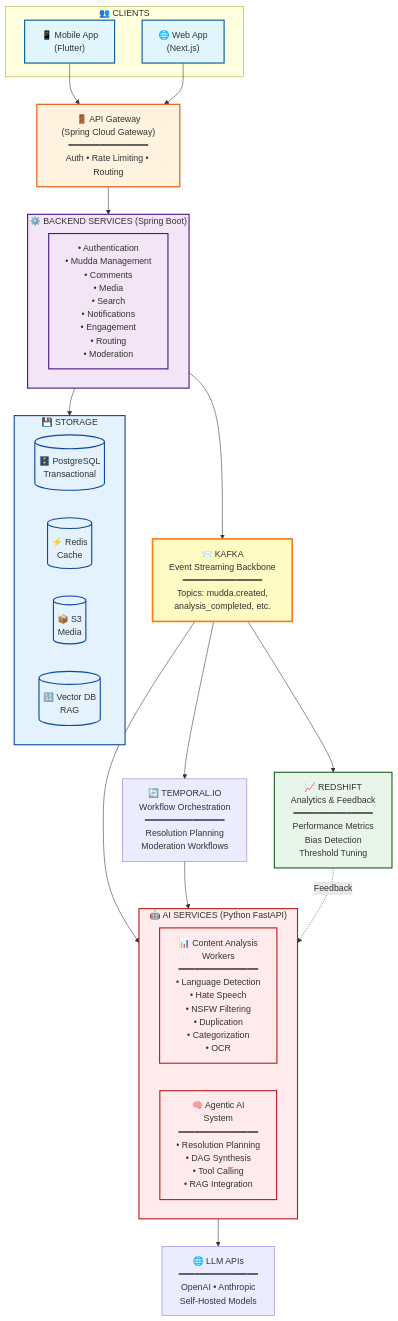
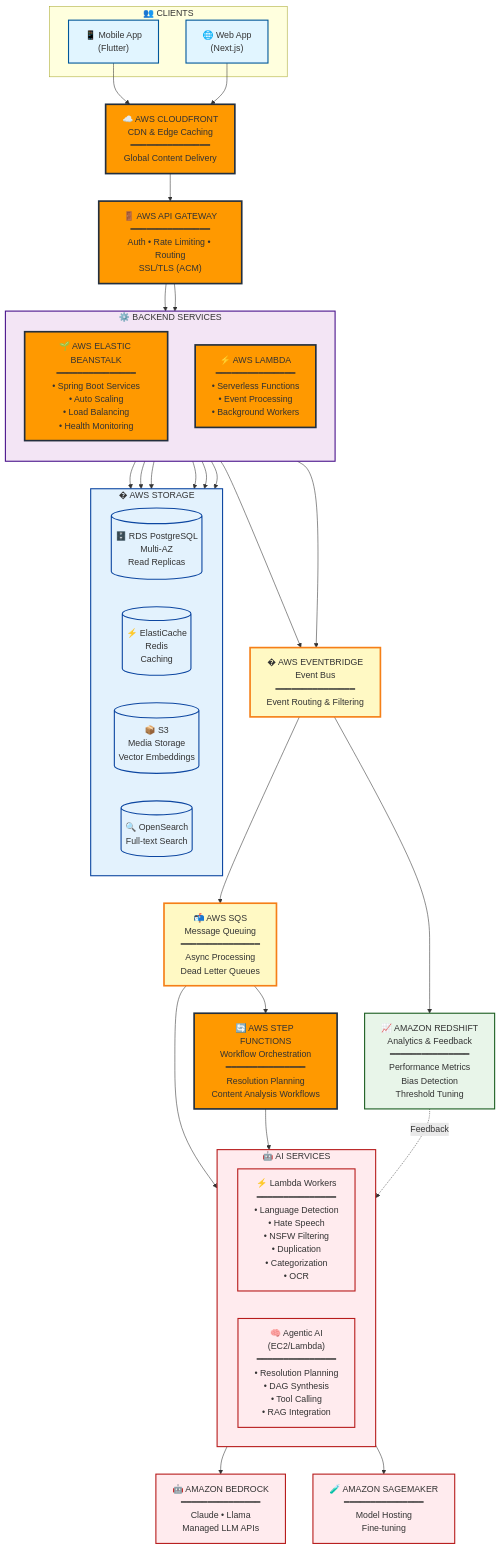
The first of 5 diagrams in .kiro/specs/mudda-platform/design.md (ShubhPundir/Mudda-AI-For-Bharat), drawn with Mermaid before and after one commit. The commit also changed other lines of this file and 1 other file, not shown here.

````diff
--- a/.kiro/specs/mudda-platform/design.md
+++ b/.kiro/specs/mudda-platform/design.md
@@ -136,60 +159,85 @@
         Web["🌐 Web App<br/>(Next.js)"]
     end
     
-    Gateway["🚪 API Gateway<br/>(Spring Cloud Gateway)<br/>━━━━━━━━━━━━━━━<br/>Auth • Rate Limiting • Routing"]
+    CloudFront["☁️ AWS CLOUDFRONT<br/>CDN & Edge Caching<br/>━━━━━━━━━━━━━━━<br/>Global Content Delivery"]
     
-    subgraph Backend["⚙️ BACKEND SERVICES (Spring Boot)"]
-        Services["• Authentication<br/>• Mudda Management<br/>• Comments<br/>• Media<br/>• Search<br/>• Notifications<br/>• Engagement<br/>• Routing<br/>• Moderation"]
+    Gateway["🚪 AWS API GATEWAY<br/>━━━━━━━━━━━━━━━<br/>Auth • Rate Limiting • Routing<br/>SSL/TLS (ACM)"]
+    
+    subgraph Backend["⚙️ BACKEND SERVICES"]
+        direction TB
+        Beanstalk["🌱 AWS ELASTIC BEANSTALK<br/>━━━━━━━━━━━━━━━<br/>• Spring Boot Services<br/>• Auto Scaling<br/>• Load Balancing<br/>• Health Monitoring"]
+        
+        Lambda["⚡ AWS LAMBDA<br/>━━━━━━━━━━━━━━━<br/>• Serverless Functions<br/>• Event Processing<br/>• Background Workers"]
     end
     
-    Kafka["📨 KAFKA<br/>Event Streaming Backbone<br/>━━━━━━━━━━━━━━━<br/>Topics: mudda.created,<br/>analysis_completed, etc."]
+    EventBridge["� AWS EVENTBRIDGE<br/>Event Bus<br/>━━━━━━━━━━━━━━━<br/>Event Routing & Filtering"]
     
-    Temporal["🔄 TEMPORAL.IO<br/>Workflow Orchestration<br/>━━━━━━━━━━━━━━━<br/>Resolution Planning<br/>Moderation Workflows"]
+    SQS["📬 AWS SQS<br/>Message Queuing<br/>━━━━━━━━━━━━━━━<br/>Async Processing<br/>Dead Letter Queues"]
     
-    subgraph AI["🤖 AI SERVICES (Python FastAPI)"]
+    StepFunctions["🔄 AWS STEP FUNCTIONS<br/>Workflow Orchestration<br/>━━━━━━━━━━━━━━━<br/>Resolution Planning<br/>Content Analysis Workflows"]
+    
+    subgraph AI["🤖 AI SERVICES"]
         direction LR
-        ContentWorkers["📊 Content Analysis<br/>Workers<br/>━━━━━━━━━━━━━━━<br/>• Language Detection<br/>• Hate Speech<br/>• NSFW Filtering<br/>• Duplication<br/>• Categorization<br/>• OCR"]
-        AgenticAI["🧠 Agentic AI<br/>System<br/>━━━━━━━━━━━━━━━<br/>• Resolution Planning<br/>• DAG Synthesis<br/>• Tool Calling<br/>• RAG Integration"]
+        LambdaAI["⚡ Lambda Workers<br/>━━━━━━━━━━━━━━━<br/>• Language Detection<br/>• Hate Speech<br/>• NSFW Filtering<br/>• Duplication<br/>• Categorization<br/>• OCR"]
+        AgenticAI["🧠 Agentic AI<br/>(EC2/Lambda)<br/>━━━━━━━━━━━━━━━<br/>• Resolution Planning<br/>• DAG Synthesis<br/>• Tool Calling<br/>• RAG Integration"]
     end
     
-    subgraph Storage["💾 STORAGE"]
+    subgraph Storage["� AWS STORAGE"]
         direction LR
-        Postgres[("🗄️ PostgreSQL<br/>Transactional")]
-        Redis[("⚡ Redis<br/>Cache")]
-        S3[("📦 S3<br/>Media")]
-        Vector[("🔢 Vector DB<br/>RAG")]
+        RDS[("🗄️ RDS PostgreSQL<br/>Multi-AZ<br/>Read Replicas")]
+        ElastiCache[("⚡ ElastiCache<br/>Redis<br/>Caching")]
+        S3[("📦 S3<br/>Media Storage<br/>Vector Embeddings")]
+        OpenSearch[("🔍 OpenSearch<br/>Full-text Search")]
     end
     
-    Redshift["📈 REDSHIFT<br/>Analytics & Feedback<br/>━━━━━━━━━━━━━━━<br/>Performance Metrics<br/>Bias Detection<br/>Threshold Tuning"]
+    Redshift["📈 AMAZON REDSHIFT<br/>Analytics & Feedback<br/>━━━━━━━━━━━━━━━<br/>Performance Metrics<br/>Bias Detection<br/>Threshold Tuning"]
     
-    LLM["🌐 LLM APIs<br/>━━━━━━━━━━━━━━━<br/>OpenAI • Anthropic<br/>Self-Hosted Models"]
+    Bedrock["🤖 AMAZON BEDROCK<br/>━━━━━━━━━━━━━━━<br/>Claude • Llama<br/>Managed LLM APIs"]
+    
+    SageMaker["🧪 AMAZON SAGEMAKER<br/>━━━━━━━━━━━━━━━<br/>Model Hosting<br/>Fine-tuning"]
     
     %% Connections
-    Mobile --> Gateway
-    Web --> Gateway
-    Gateway --> Backend
-    Backend --> Kafka
-    Kafka --> ContentWorkers
-    Kafka --> Temporal
-    Temporal --> AgenticAI
-    AgenticAI --> LLM
-    Backend --> Storage
-    Kafka --> Redshift
+    Mobile --> CloudFront
+    Web --> CloudFront
+    CloudFront --> Gateway
+    Gateway --> Beanstalk
+    Gateway --> Lambda
+    
+    Beanstalk --> EventBridge
+    Lambda --> EventBridge
+    EventBridge --> SQS
+    
+    SQS --> LambdaAI
+    SQS --> StepFunctions
+    StepFunctions --> AgenticAI
+    
+    AgenticAI --> Bedrock
+    AgenticAI --> SageMaker
+    
+    Beanstalk --> RDS
+    Beanstalk --> ElastiCache
+    Beanstalk --> S3
+    Beanstalk --> OpenSearch
+    
+    Lambda --> RDS
+    Lambda --> S3
+    
+    EventBridge --> Redshift
     Redshift -.->|Feedback| AgenticAI
     
     classDef clientStyle fill:#e1f5ff,stroke:#01579b,stroke-width:2px
-    classDef gatewayStyle fill:#fff3e0,stroke:#e65100,stroke-width:2px
+    classDef awsStyle fill:#ff9900,stroke:#232f3e,stroke-width:3px
     classDef serviceStyle fill:#f3e5f5,stroke:#4a148c,stroke-width:2px
-    classDef kafkaStyle fill:#fff9c4,stroke:#f57f17,stroke-width:3px
+    classDef eventStyle fill:#fff9c4,stroke:#f57f17,stroke-width:3px
     classDef aiStyle fill:#ffebee,stroke:#b71c1c,stroke-width:2px
     classDef storageStyle fill:#e3f2fd,stroke:#0d47a1,stroke-width:2px
     classDef analyticsStyle fill:#e8f5e9,stroke:#1b5e20,stroke-width:2px
     
     class Mobile,Web clientStyle
-    class Gateway gatewayStyle
-    class Backend,Services serviceStyle
-    class Kafka kafkaStyle
-    class ContentWorkers,AgenticAI,AI aiStyle
-    class Storage,Postgres,Redis,S3,Vector storageStyle
+    class CloudFront,Gateway,Beanstalk,Lambda,StepFunctions awsStyle
+    class Backend serviceStyle
+    class EventBridge,SQS eventStyle
+    class LambdaAI,AgenticAI,AI,Bedrock,SageMaker aiStyle
+    class Storage,RDS,ElastiCache,S3,OpenSearch storageStyle
     class Redshift analyticsStyle
 ```
````
